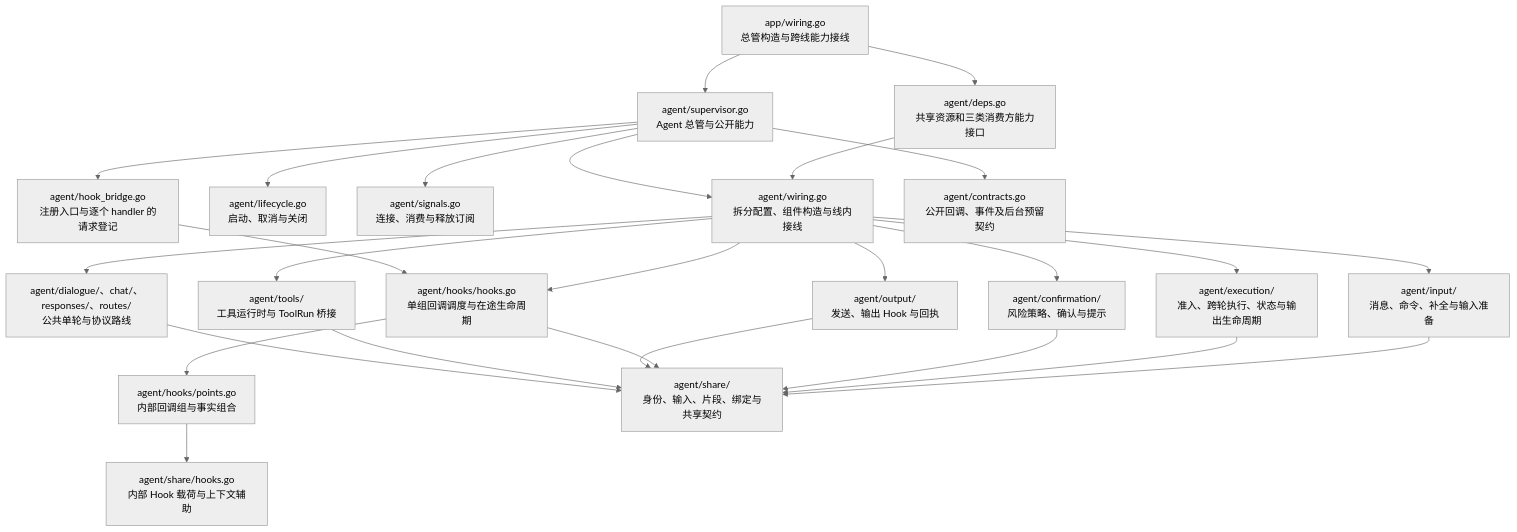
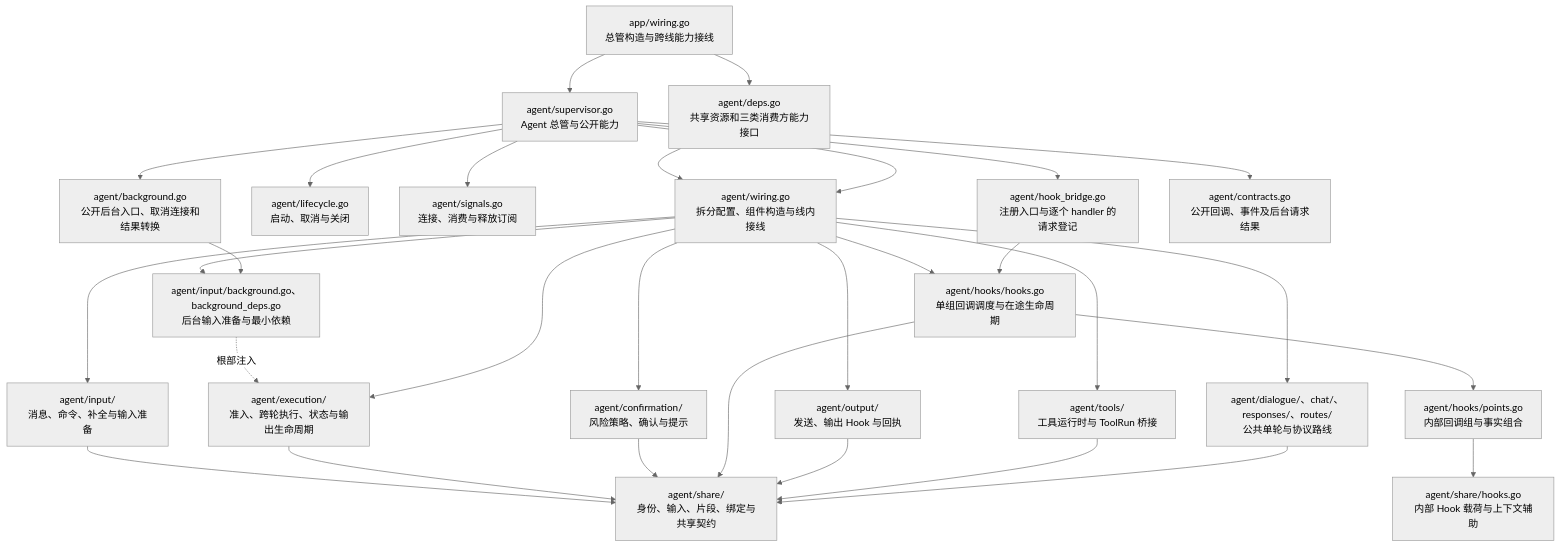
One commit to Elflare/elbot changed the fourth of 16 diagrams in devdocs/architecture.md. Above: the diagram before and after it, drawn with Mermaid (neutral theme). The commit also changed other lines of this file and 15 other files, not shown here.

````diff
--- a/devdocs/architecture.md
+++ b/devdocs/architecture.md
@@ -169,22 +169,26 @@
 ```mermaid
 flowchart TD
     A["app/wiring.go<br/>总管构造与跨线能力接线"] --> S["agent/supervisor.go<br/>Agent 总管与公开能力"]
     A --> DEP["agent/deps.go<br/>共享资源和三类消费方能力接口"]
     DEP --> W
     S --> W["agent/wiring.go<br/>拆分配置、组件构造与线内接线"]
     S --> L["agent/lifecycle.go<br/>启动、取消与关闭"]
     S --> G["agent/signals.go<br/>连接、消费与释放订阅"]
     W --> I["agent/input/<br/>消息、命令、补全与输入准备"]
+    S --> BG["agent/background.go<br/>公开后台入口、取消连接和结果转换"]
+    W --> BI["agent/input/background.go、background_deps.go<br/>后台输入准备与最小依赖"]
+    BG --> BI
+    BI -.->|根部注入| E
     W --> E["agent/execution/<br/>准入、跨轮执行、状态与输出生命周期"]
     W --> C["agent/confirmation/<br/>风险策略、确认与提示"]
     W --> H["agent/hooks/hooks.go<br/>单组回调调度与在途生命周期"]
     S --> HB["agent/hook_bridge.go<br/>注册入口与逐个 handler 的请求登记"]
     HB --> H
     H --> HP["agent/hooks/points.go<br/>内部回调组与事实组合"]
     HP --> SH["agent/share/hooks.go<br/>内部 Hook 载荷与上下文辅助"]
-    S --> CT["agent/contracts.go<br/>公开回调、事件及后台预留契约"]
+    S --> CT["agent/contracts.go<br/>公开回调、事件及后台请求结果"]
     W --> O["agent/output/<br/>发送、输出 Hook 与回执"]
     W --> T["agent/tools/<br/>工具运行时与 ToolRun 桥接"]
     W --> D["agent/dialogue/、chat/、responses/、routes/<br/>公共单轮与协议路线"]
     I & E & C & H & O & T & D --> R["agent/share/<br/>身份、输入、片段、绑定与共享契约"]
 ```
````
